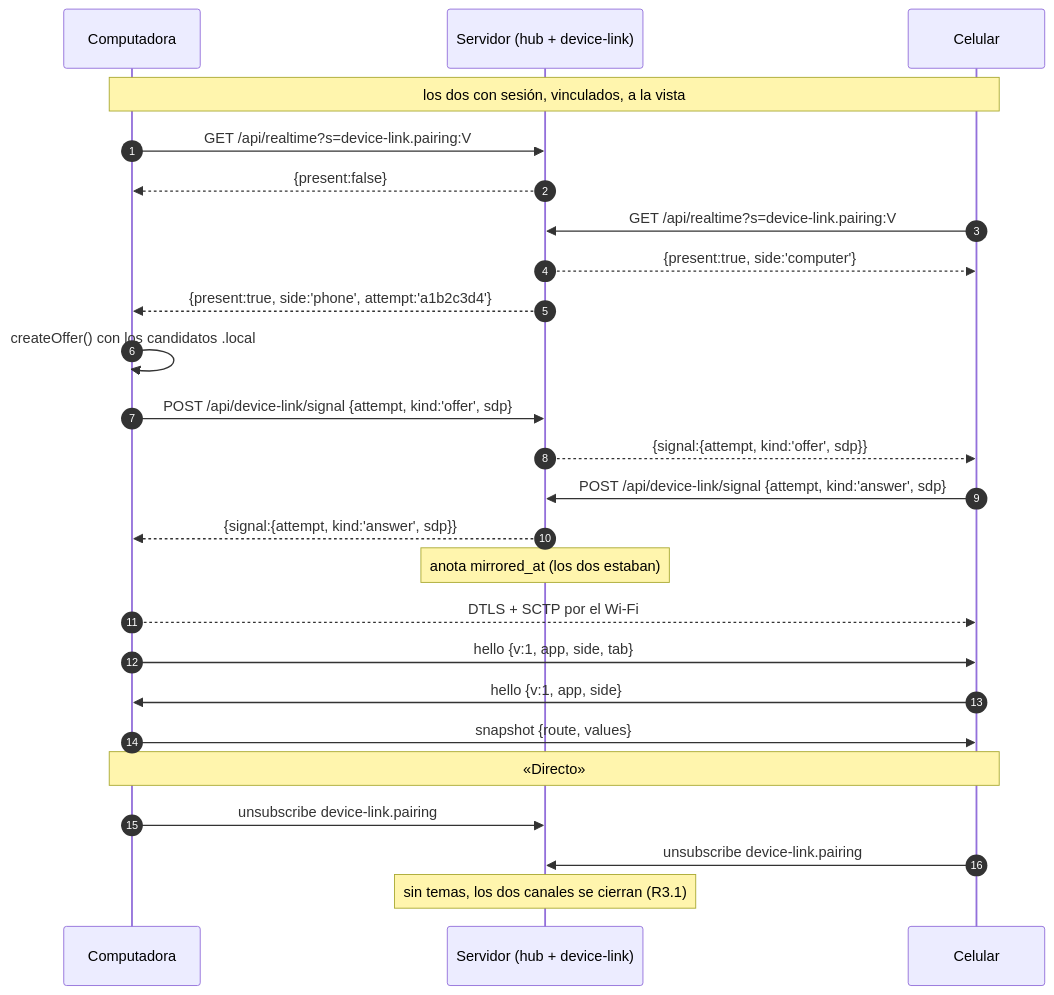
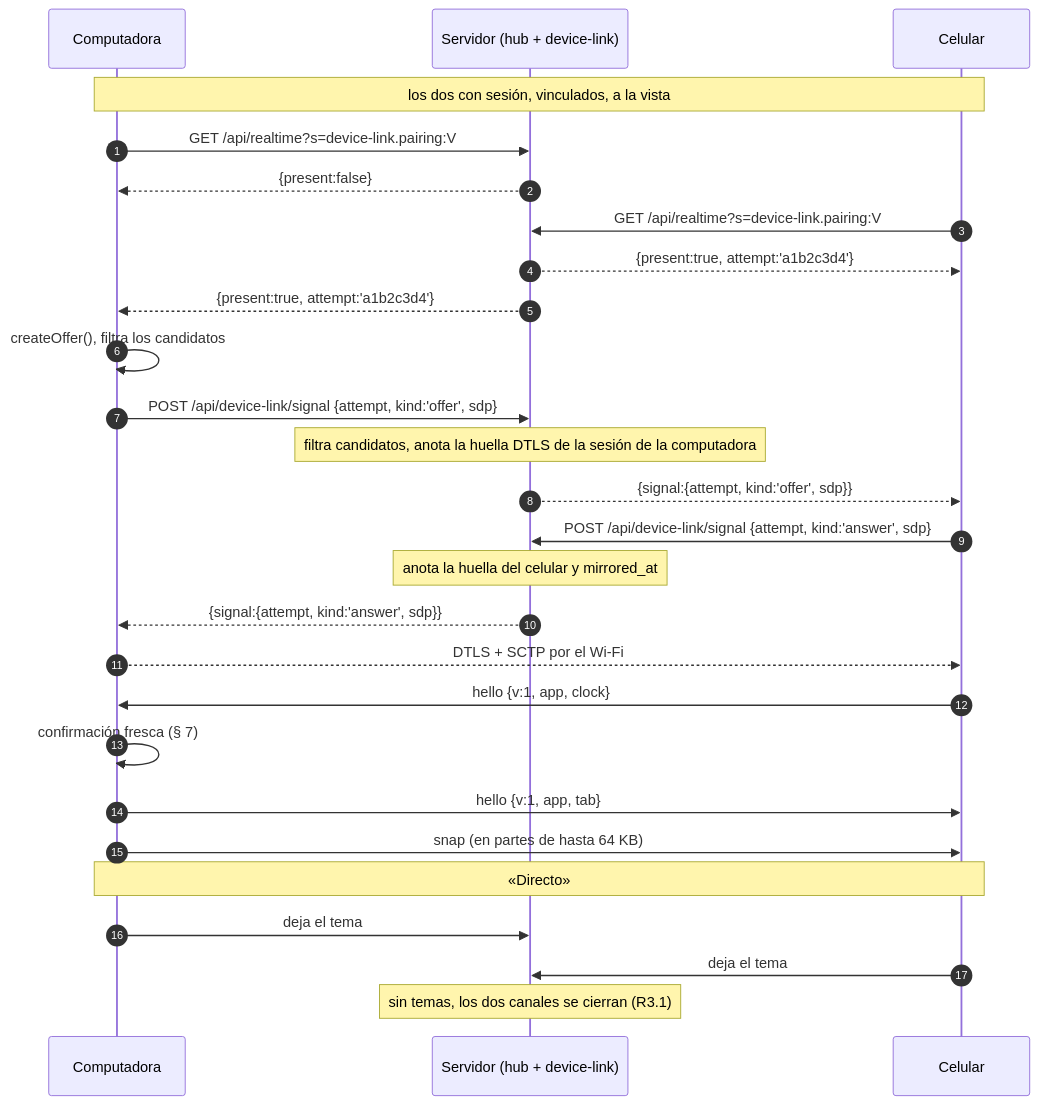
The fourth of 13 diagrams in docs/technical/modules/device-link.md (carlos-illobre/ferrebress), drawn with Mermaid before and after one commit. The commit also changed other lines of this file and 10 other files, not shown here.

First line of the commit message:
03a · paso 5: el diseño del vínculo corregido con las dos revisiones

````diff
--- a/docs/technical/modules/device-link.md
+++ b/docs/technical/modules/device-link.md
@@ -377,27 +432,29 @@
 ```mermaid
 sequenceDiagram
   autonumber
   participant PC as Computadora
   participant S as Servidor (hub + device-link)
   participant CE as Celular
   Note over PC,CE: los dos con sesión, vinculados, a la vista
   PC->>S: GET /api/realtime?s=device-link.pairing:V
   S-->>PC: {present:false}
   CE->>S: GET /api/realtime?s=device-link.pairing:V
-  S-->>CE: {present:true, side:'computer'}
-  S-->>PC: {present:true, side:'phone', attempt:'a1b2c3d4'}
-  PC->>PC: createOffer() con los candidatos .local
+  S-->>CE: {present:true, attempt:'a1b2c3d4'}
+  S-->>PC: {present:true, attempt:'a1b2c3d4'}
+  PC->>PC: createOffer(), filtra los candidatos
   PC->>S: POST /api/device-link/signal {attempt, kind:'offer', sdp}
+  Note over S: filtra candidatos, anota la huella DTLS de la sesión de la computadora
   S-->>CE: {signal:{attempt, kind:'offer', sdp}}
   CE->>S: POST /api/device-link/signal {attempt, kind:'answer', sdp}
+  Note over S: anota la huella del celular y mirrored_at
   S-->>PC: {signal:{attempt, kind:'answer', sdp}}
-  Note over S: anota mirrored_at (los dos estaban)
   PC-->>CE: DTLS + SCTP por el Wi-Fi
-  PC->>CE: hello {v:1, app, side, tab}
-  CE->>PC: hello {v:1, app, side}
-  PC->>CE: snapshot {route, values}
+  CE->>PC: hello {v:1, app, clock}
+  PC->>PC: confirmación fresca (§ 7)
+  PC->>CE: hello {v:1, app, tab}
+  PC->>CE: snap (en partes de hasta 64 KB)
   Note over PC,CE: «Directo»
-  PC->>S: unsubscribe device-link.pairing
-  CE->>S: unsubscribe device-link.pairing
+  PC->>S: deja el tema
+  CE->>S: deja el tema
   Note over S: sin temas, los dos canales se cierran (R3.1)
 ```
````
